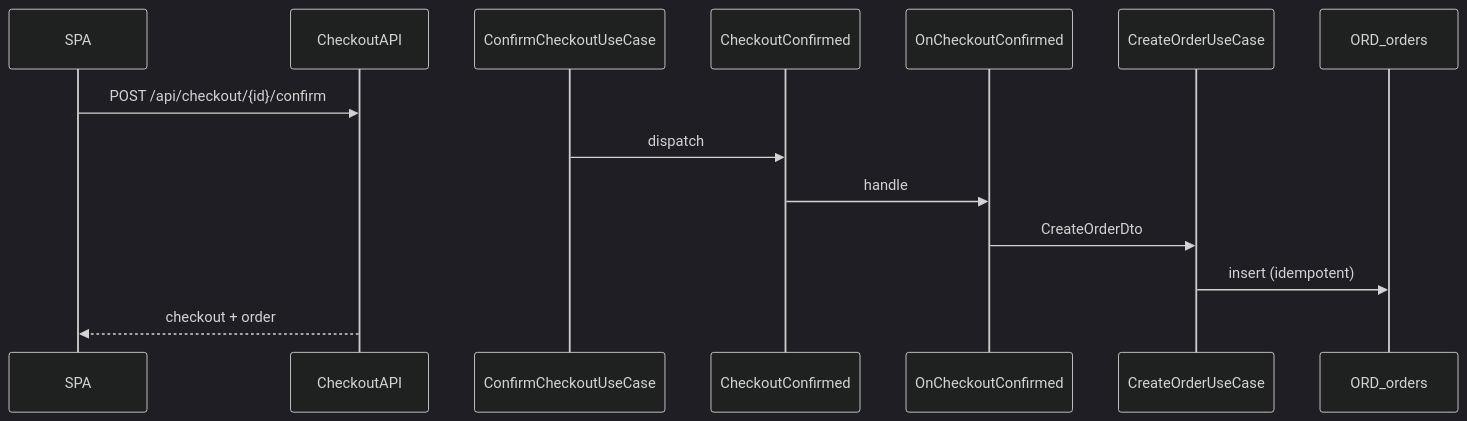
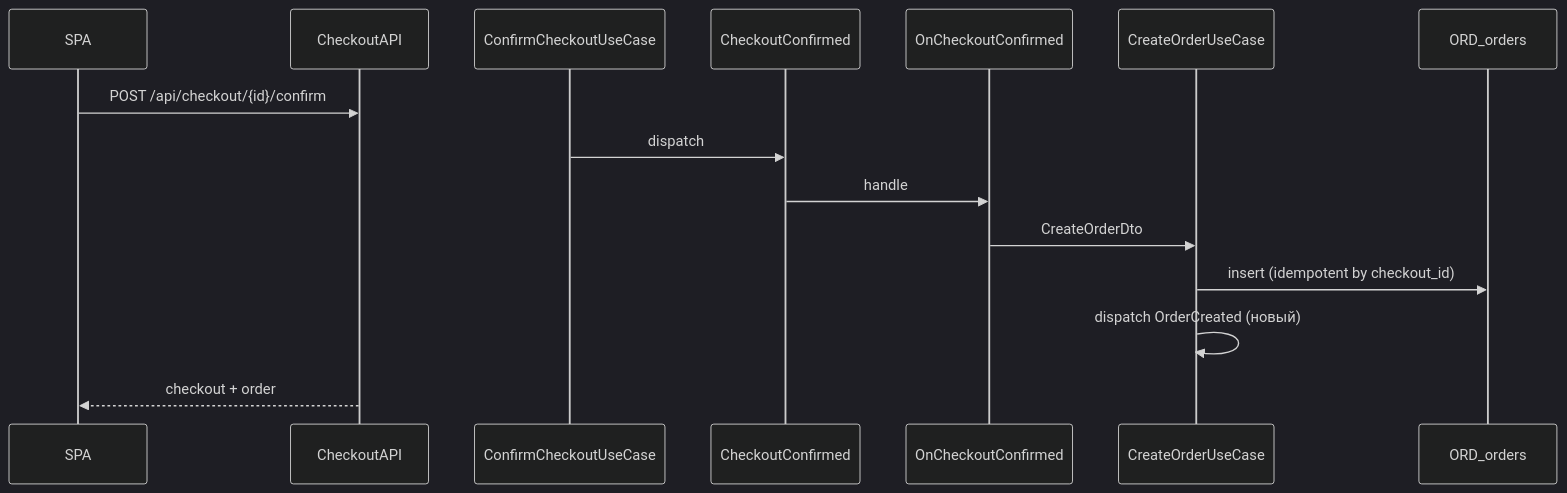
The first of 3 diagrams in .cursor/docs/order/flow.md (blessq12/gangsters.pro), drawn with Mermaid (dark theme) before and after one commit. The commit also changed other lines of this file and 108 other files, not shown here.

Commit message:
refactor: AggregatorIngress — webhook-заказы агрегаторов; OrderAccountingExport — экспорт в Frontpad/iiko по OrderCreated; расширить Order и Filament.

````diff
--- a/.cursor/docs/order/flow.md
+++ b/.cursor/docs/order/flow.md
@@ -5,17 +5,18 @@
 ```mermaid
 sequenceDiagram
     participant SPA
     participant CheckoutAPI
     participant CheckoutUC as ConfirmCheckoutUseCase
     participant Event as CheckoutConfirmed
     participant OrderH as OnCheckoutConfirmed
     participant OrderUC as CreateOrderUseCase
     participant DB as ORD_orders
 
     SPA->>CheckoutAPI: POST /api/checkout/{id}/confirm
     CheckoutUC->>Event: dispatch
     Event->>OrderH: handle
     OrderH->>OrderUC: CreateOrderDto
-    OrderUC->>DB: insert (idempotent)
+    OrderUC->>DB: insert (idempotent by checkout_id)
+    OrderUC->>OrderUC: dispatch OrderCreated (новый)
     CheckoutAPI-->>SPA: checkout + order
 ```
````
